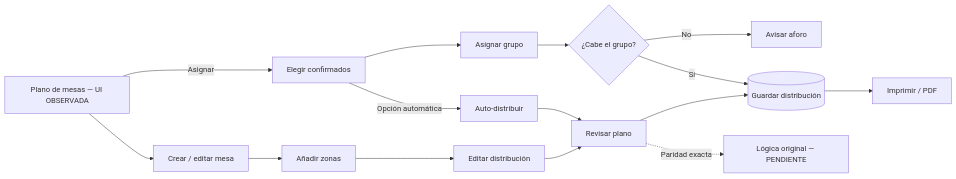
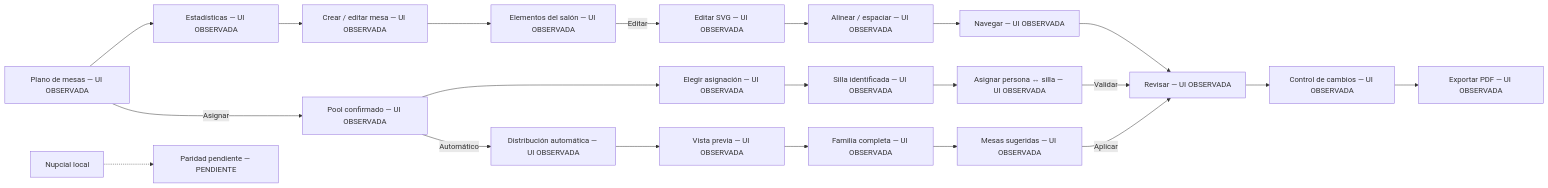
Before and after one commit to ZpectralCrystals/nupcial-saas: the diagram in docs/diagrams/client-seating.mmd, drawn with Mermaid. The commit also changed 52 other files, not shown here.

```diff
--- a/docs/diagrams/client-seating.mmd
+++ b/docs/diagrams/client-seating.mmd
@@ -1,28 +1,41 @@
 flowchart LR
   open["Plano de mesas — UI OBSERVADA"]
-  table["Crear / editar mesa"]
-  objects["Añadir zonas"]
-  move["Editar distribución"]
-  pool["Elegir confirmados"]
-  assign["Asignar grupo"]
-  capacity{"¿Cabe el grupo?"}
-  full["Avisar aforo"]
-  auto["Auto-distribuir"]
-  review["Revisar plano"]
-  save[("Guardar distribución")]
-  print["Imprimir / PDF"]
-  reference["Lógica original — PENDIENTE"]
-  open --> table
+  stats["Estadísticas — UI OBSERVADA"]
+  table["Crear / editar mesa — UI OBSERVADA"]
+  objects["Elementos del salón — UI OBSERVADA"]
+  pool["Pool confirmado — UI OBSERVADA"]
+  mode["Elegir asignación — UI OBSERVADA"]
+  chair["Silla identificada — UI OBSERVADA"]
+  assign["Asignar persona ↔ silla — UI OBSERVADA"]
+  auto["Distribución automática — UI OBSERVADA"]
+  preview["Vista previa — UI OBSERVADA"]
+  family["Familia completa — UI OBSERVADA"]
+  suggest["Mesas sugeridas — UI OBSERVADA"]
+  select["Editar SVG — UI OBSERVADA"]
+  layout["Alinear / espaciar — UI OBSERVADA"]
+  navigate["Navegar — UI OBSERVADA"]
+  review["Revisar — UI OBSERVADA"]
+  undo["Control de cambios — UI OBSERVADA"]
+  export["Exportar PDF — UI OBSERVADA"]
+  local["Nupcial local"]
+  gap["Paridad pendiente — PENDIENTE"]
+  open --> stats
+  stats --> table
   table --> objects
-  objects --> move
   open -->|"Asignar"| pool
-  pool --> assign
-  assign --> capacity
-  capacity -->|"Sí"| save
-  capacity -->|"No"| full
-  pool -->|"Opción automática"| auto
-  auto --> review
-  move --> review
-  review --> save
-  save --> print
-  review -.->|"Paridad exacta"| reference
+  pool --> mode
+  mode --> chair
+  chair --> assign
+  pool -->|"Automático"| auto
+  auto --> preview
+  preview --> family
+  family --> suggest
+  objects -->|"Editar"| select
+  select --> layout
+  layout --> navigate
+  navigate --> review
+  review --> undo
+  undo --> export
+  local -.-> gap
+  assign -->|"Validar"| review
+  suggest -->|"Aplicar"| review
```
